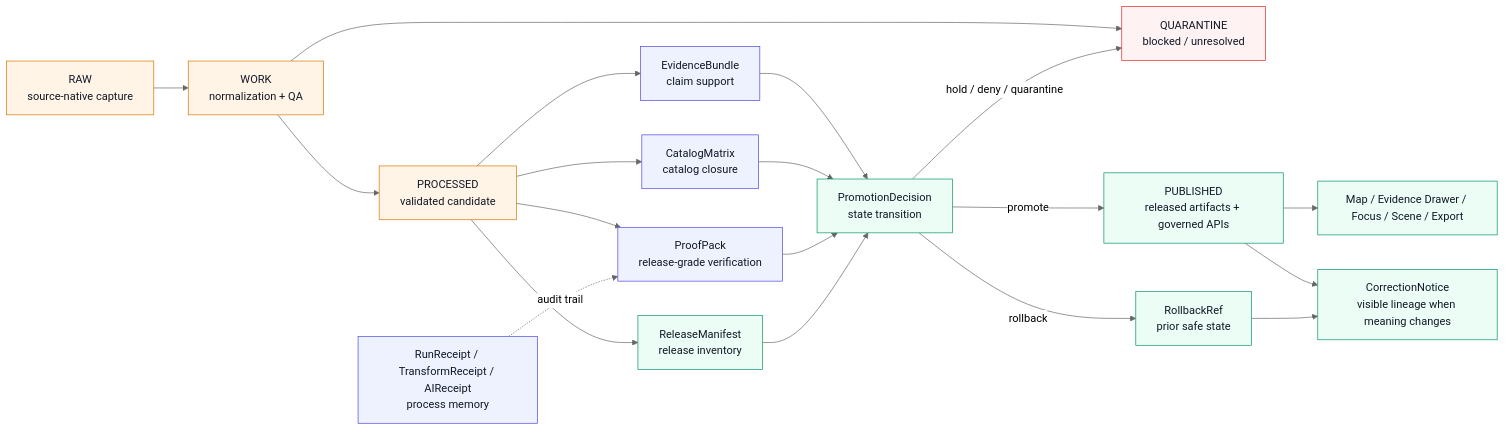
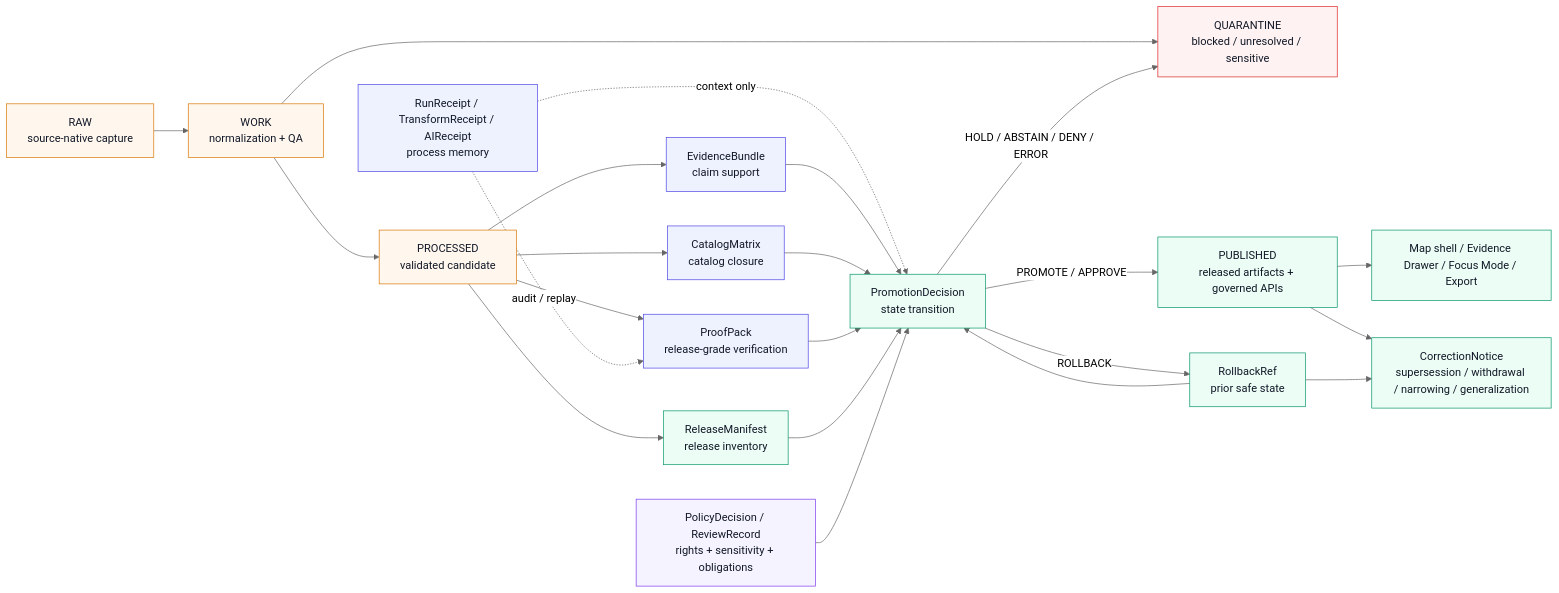
One commit to bartytime4life/Kansas-Frontier-Matrix changed the diagram in docs/adr/ADR-0011-catalog-proof-release-separation.md. Above: the diagram before and after it, drawn with Mermaid (neutral theme). The commit also changed other lines of this file, not shown here.

````diff
--- a/docs/adr/ADR-0011-catalog-proof-release-separation.md
+++ b/docs/adr/ADR-0011-catalog-proof-release-separation.md
@@ -127,36 +196,41 @@
 ```mermaid
 flowchart LR
   RAW["RAW<br/>source-native capture"] --> WORK["WORK<br/>normalization + QA"]
-  WORK --> Q["QUARANTINE<br/>blocked / unresolved"]
+  WORK --> QUAR["QUARANTINE<br/>blocked / unresolved / sensitive"]
   WORK --> PROC["PROCESSED<br/>validated candidate"]
 
   PROC --> EB["EvidenceBundle<br/>claim support"]
   PROC --> CM["CatalogMatrix<br/>catalog closure"]
   PROC --> PP["ProofPack<br/>release-grade verification"]
   PROC --> RM["ReleaseManifest<br/>release inventory"]
 
-  RUN["RunReceipt / TransformReceipt / AIReceipt<br/>process memory"] -. audit trail .-> PP
+  REC["RunReceipt / TransformReceipt / AIReceipt<br/>process memory"] -. audit / replay .-> PP
+  REC -. context only .-> PD
 
   EB --> PD["PromotionDecision<br/>state transition"]
   CM --> PD
   PP --> PD
   RM --> PD
+  POLICY["PolicyDecision / ReviewRecord<br/>rights + sensitivity + obligations"] --> PD
+  RB["RollbackRef<br/>prior safe state"] --> PD
 
-  PD -->|promote| PUB["PUBLISHED<br/>released artifacts + governed APIs"]
-  PD -->|hold / deny / quarantine| Q
-  PD -->|rollback| RB["RollbackRef<br/>prior safe state"]
+  PD -->|PROMOTE / APPROVE| PUB["PUBLISHED<br/>released artifacts + governed APIs"]
+  PD -->|HOLD / ABSTAIN / DENY / ERROR| QUAR
+  PD -->|ROLLBACK| RB
 
-  PUB --> UI["Map / Evidence Drawer / Focus / Scene / Export"]
-  PUB --> CORR["CorrectionNotice<br/>visible lineage when meaning changes"]
+  PUB --> UI["Map shell / Evidence Drawer / Focus Mode / Export"]
+  PUB --> CORR["CorrectionNotice<br/>supersession / withdrawal / narrowing / generalization"]
   RB --> CORR
 
-  classDef candidate fill:#fff4e5,stroke:#d97706,color:#111827;
+  classDef candidate fill:#fff7ed,stroke:#d97706,color:#111827;
   classDef proof fill:#eef2ff,stroke:#4f46e5,color:#111827;
   classDef release fill:#ecfdf5,stroke:#059669,color:#111827;
   classDef blocked fill:#fef2f2,stroke:#dc2626,color:#111827;
+  classDef policy fill:#f5f3ff,stroke:#7c3aed,color:#111827;
 
   class RAW,WORK,PROC candidate;
-  class EB,CM,PP,RUN proof;
+  class EB,CM,PP,REC proof;
   class RM,PD,PUB,UI,CORR,RB release;
-  class Q blocked;
+  class QUAR blocked;
+  class POLICY policy;
 ```
````
